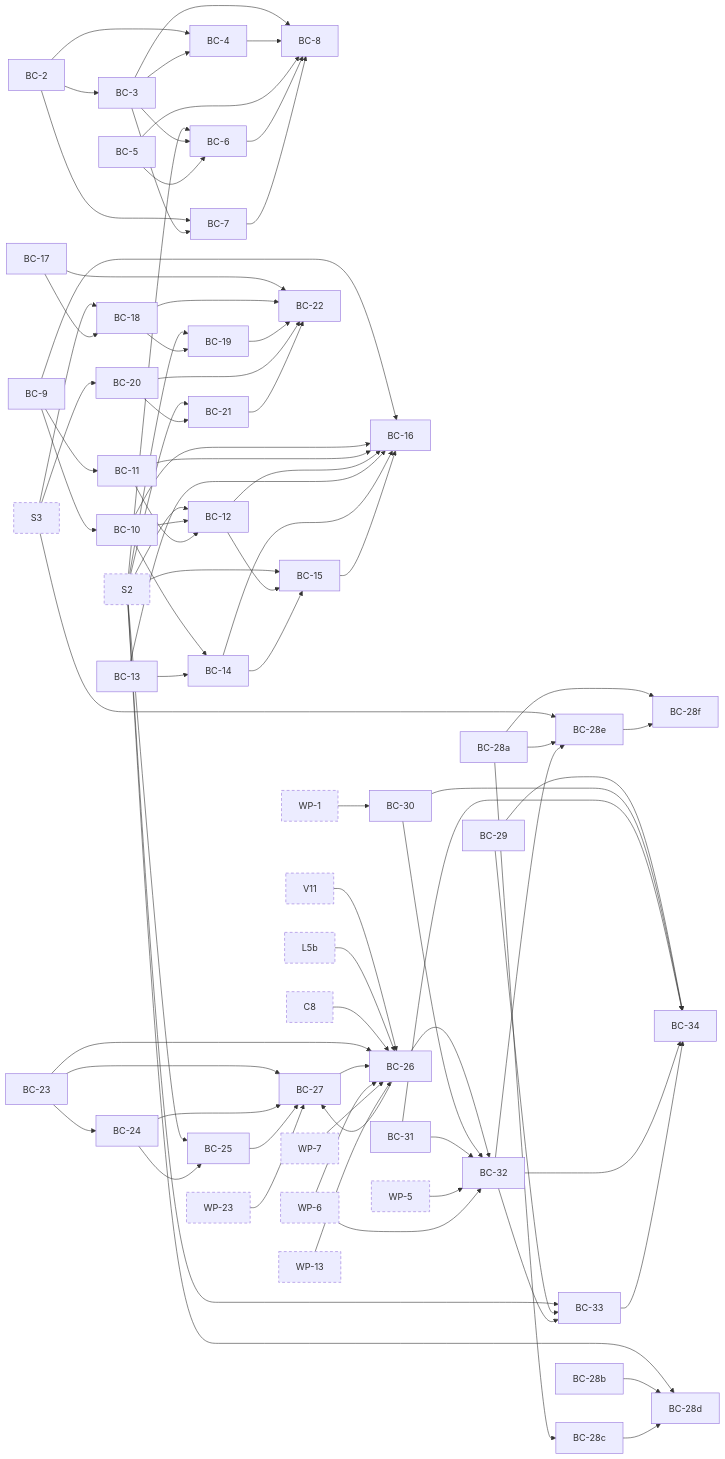
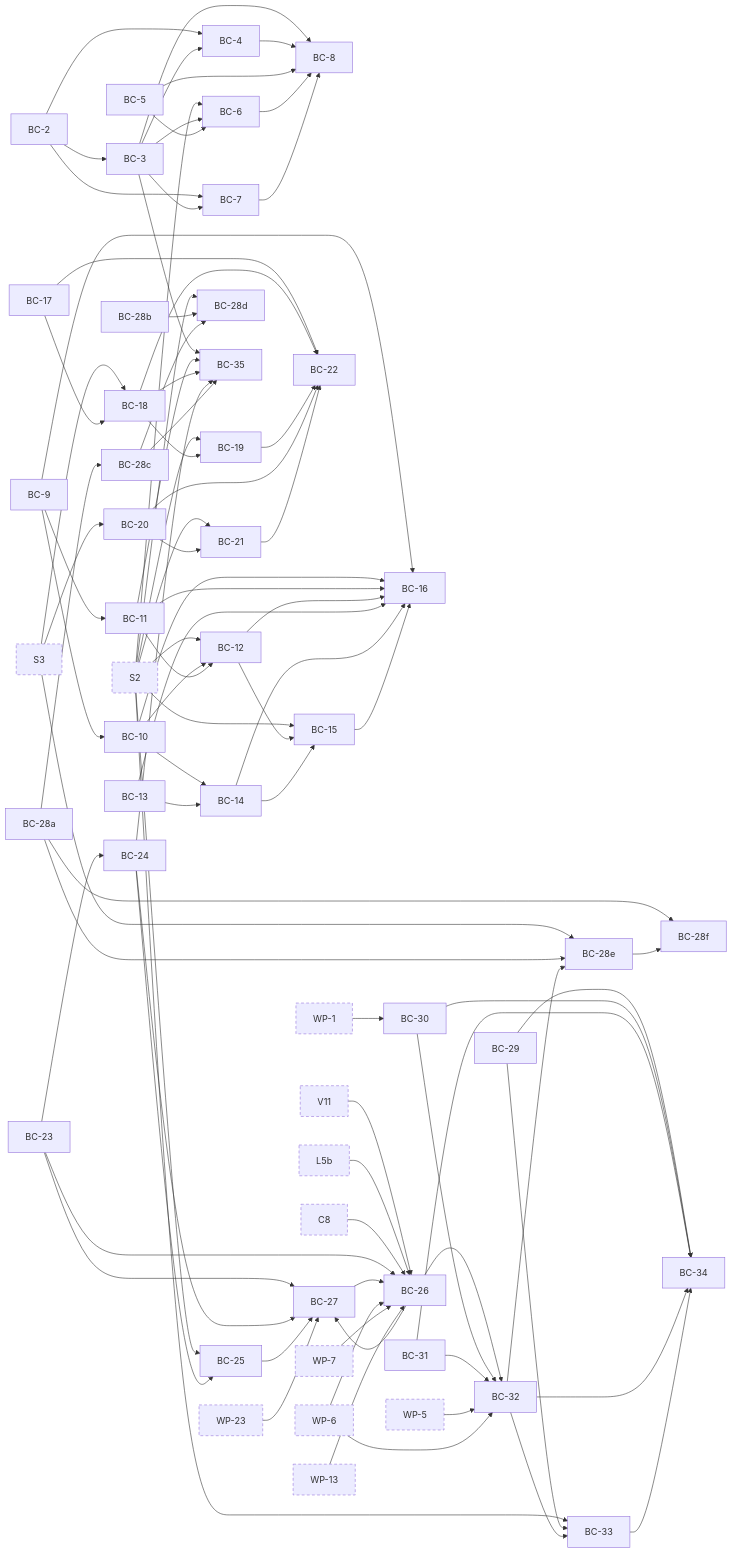
One commit to jhoblitt/rgw-go changed the seventh of 10 diagrams in docs/superpowers/plans/2026-10-13-phase-2/dependencies.md. Above: the diagram before and after it, drawn with Mermaid. The commit also changed other lines of this file, not shown here.

Commit message:
docs(plan): regenerate the phase 2 dependency graph for BC-35
BC-35 waits for BC-3, BC-11, BC-18, BC-24 and BC-28c.

```diff
--- a/docs/superpowers/plans/2026-10-13-phase-2/dependencies.md
+++ b/docs/superpowers/plans/2026-10-13-phase-2/dependencies.md
@@ -563,6 +563,7 @@
   t_BC_32["BC-32"]
   t_BC_33["BC-33"]
   t_BC_34["BC-34"]
+  t_BC_35["BC-35"]
   t_S2["S2"]:::ext
   t_S3["S3"]:::ext
   t_V11["V11"]:::ext
@@ -655,6 +656,11 @@
   t_BC_31 --> t_BC_34
   t_BC_32 --> t_BC_34
   t_BC_33 --> t_BC_34
+  t_BC_3 --> t_BC_35
+  t_BC_11 --> t_BC_35
+  t_BC_18 --> t_BC_35
+  t_BC_24 --> t_BC_35
+  t_BC_28c --> t_BC_35
   click t_BC_2 href "https://github.com/jhoblitt/rgw-go/blob/main/docs/superpowers/plans/2026-10-13-phase-2/B-bucket-config.md#task-bc-2-cors-types" "BC-2: CORS types"
   click t_BC_3 href "https://github.com/jhoblitt/rgw-go/blob/main/docs/superpowers/plans/2026-10-13-phase-2/B-bucket-config.md#task-bc-3-cors-ops" "BC-3: CORS ops"
   click t_BC_4 href "https://github.com/jhoblitt/rgw-go/blob/main/docs/superpowers/plans/2026-10-13-phase-2/B-bucket-config.md#task-bc-4-the-non-preflight-cors-refusal" "BC-4: The non-preflight CORS refusal"
@@ -693,6 +699,7 @@
   click t_BC_32 href "https://github.com/jhoblitt/rgw-go/blob/main/docs/superpowers/plans/2026-10-13-phase-2/B-bucket-config.md#task-bc-32-post-object-op" "BC-32: POST object op"
   click t_BC_33 href "https://github.com/jhoblitt/rgw-go/blob/main/docs/superpowers/plans/2026-10-13-phase-2/B-bucket-config.md#task-bc-33-post-object-routes" "BC-33: POST object routes"
   click t_BC_34 href "https://github.com/jhoblitt/rgw-go/blob/main/docs/superpowers/plans/2026-10-13-phase-2/B-bucket-config.md#task-bc-34-post-recording-and-gate" "BC-34: POST recording and gate"
+  click t_BC_35 href "https://github.com/jhoblitt/rgw-go/blob/main/docs/superpowers/plans/2026-10-13-phase-2/B-bucket-config.md#task-bc-35-retitle-the-re-authorized-retries-exclusion" "BC-35: Retitle the re-authorized-retries exclusion"
   click t_S2 href "https://github.com/jhoblitt/rgw-go/blob/main/docs/superpowers/plans/2026-10-13-phase-2/00-index.md#task-s2-route-sets-per-feature-and-the-env-slots" "S2: route sets per feature and the Env slots"
   click t_S3 href "https://github.com/jhoblitt/rgw-go/blob/main/docs/superpowers/plans/2026-10-13-phase-2/00-index.md#task-s3-one-aws-correct-ispublic" "S3: one AWS-correct IsPublic"
   click t_V11 href "https://github.com/jhoblitt/rgw-go/blob/main/docs/superpowers/plans/2026-10-13-phase-2/V-versioning.md#task-v11-op-and-s3-versioned-writes" "V11: op and s3, versioned writes"
```
